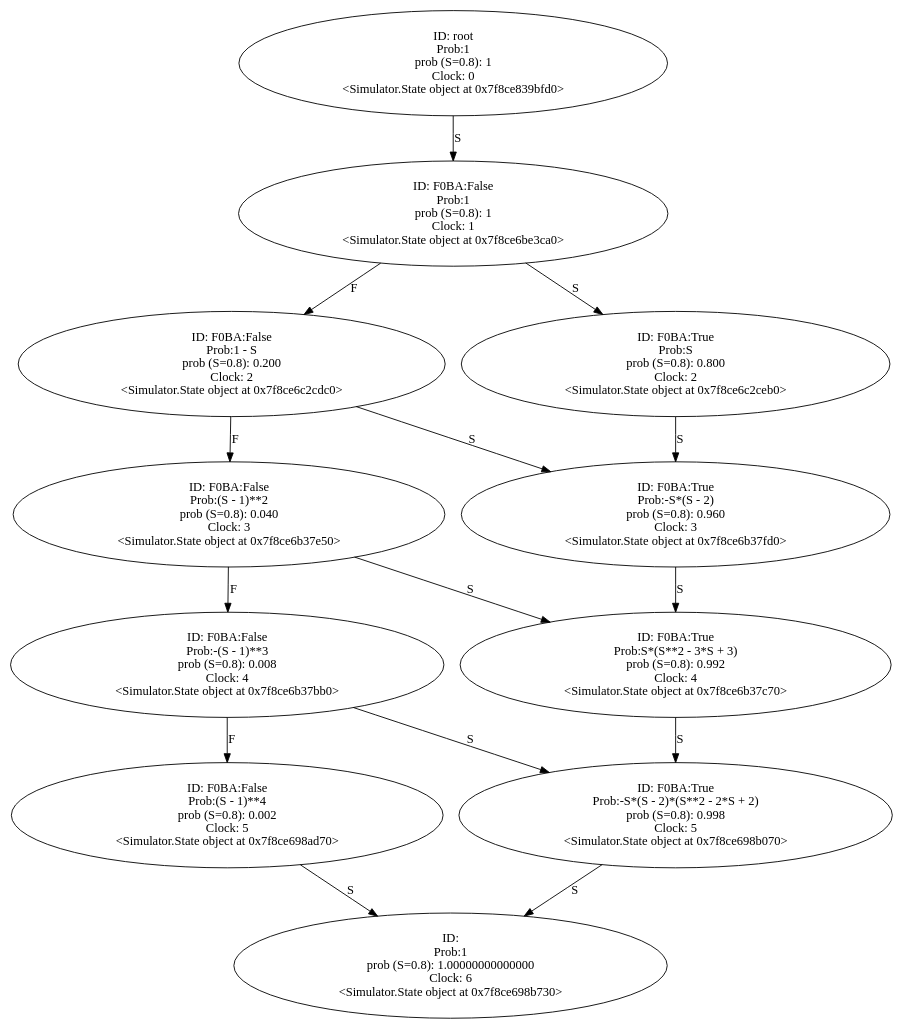
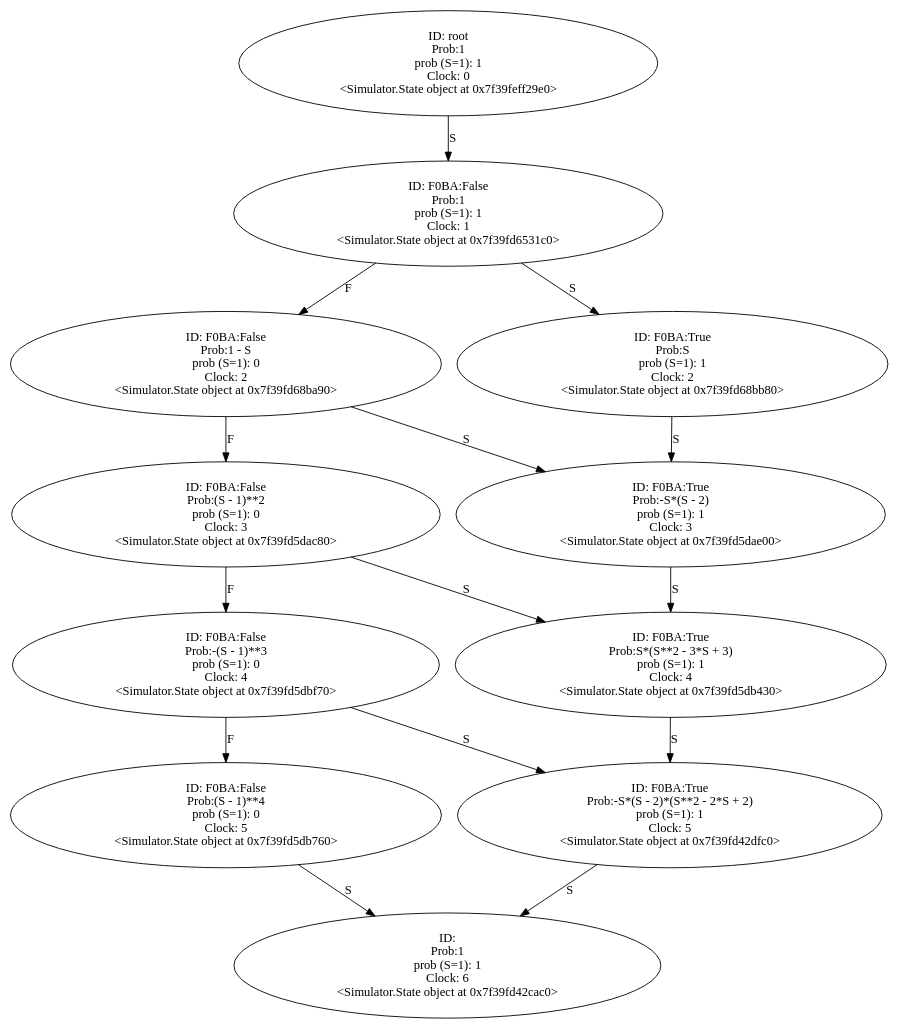
One commit to YasinBoloorchi/WARP-Simulator changed the diagram in Output/pulls.wrp.gv. Above: the diagram before and after it, drawn with Graphviz. The commit also changed 10 other files, not shown here.

```diff
--- a/Output/pulls.wrp.gv
+++ b/Output/pulls.wrp.gv
@@ -1,71 +1,71 @@
 digraph "./Output/pulls.wrp" {
-	<Simulator.State object at 0x7f8ce839bfd0> [label="ID: root
+	<Simulator.State object at 0x7f39feff29e0> [label="ID: root
 Prob:1
-prob (S=0.8): 1
+prob (S=1): 1
 Clock: 0
-<Simulator.State object at 0x7f8ce839bfd0>"]
-	<Simulator.State object at 0x7f8ce839bfd0> -> <Simulator.State object at 0x7f8ce6be3ca0> [label=S]
-	<Simulator.State object at 0x7f8ce6be3ca0> [label="ID: F0BA:False
+<Simulator.State object at 0x7f39feff29e0>"]
+	<Simulator.State object at 0x7f39feff29e0> -> <Simulator.State object at 0x7f39fd6531c0> [label=S]
+	<Simulator.State object at 0x7f39fd6531c0> [label="ID: F0BA:False
 Prob:1
-prob (S=0.8): 1
+prob (S=1): 1
 Clock: 1
-<Simulator.State object at 0x7f8ce6be3ca0>"]
-	<Simulator.State object at 0x7f8ce6be3ca0> -> <Simulator.State object at 0x7f8ce6c2cdc0> [label=F]
-	<Simulator.State object at 0x7f8ce6be3ca0> -> <Simulator.State object at 0x7f8ce6c2ceb0> [label=S]
-	<Simulator.State object at 0x7f8ce6c2cdc0> [label="ID: F0BA:False
+<Simulator.State object at 0x7f39fd6531c0>"]
+	<Simulator.State object at 0x7f39fd6531c0> -> <Simulator.State object at 0x7f39fd68ba90> [label=F]
+	<Simulator.State object at 0x7f39fd6531c0> -> <Simulator.State object at 0x7f39fd68bb80> [label=S]
+	<Simulator.State object at 0x7f39fd68ba90> [label="ID: F0BA:False
 Prob:1 - S
-prob (S=0.8): 0.200
+prob (S=1): 0
 Clock: 2
-<Simulator.State object at 0x7f8ce6c2cdc0>"]
-	<Simulator.State object at 0x7f8ce6c2cdc0> -> <Simulator.State object at 0x7f8ce6b37e50> [label=F]
-	<Simulator.State object at 0x7f8ce6c2cdc0> -> <Simulator.State object at 0x7f8ce6b37fd0> [label=S]
-	<Simulator.State object at 0x7f8ce6c2ceb0> [label="ID: F0BA:True
+<Simulator.State object at 0x7f39fd68ba90>"]
+	<Simulator.State object at 0x7f39fd68ba90> -> <Simulator.State object at 0x7f39fd5dac80> [label=F]
+	<Simulator.State object at 0x7f39fd68ba90> -> <Simulator.State object at 0x7f39fd5dae00> [label=S]
+	<Simulator.State object at 0x7f39fd68bb80> [label="ID: F0BA:True
 Prob:S
-prob (S=0.8): 0.800
+prob (S=1): 1
 Clock: 2
-<Simulator.State object at 0x7f8ce6c2ceb0>"]
-	<Simulator.State object at 0x7f8ce6c2ceb0> -> <Simulator.State object at 0x7f8ce6b37fd0> [label=S]
-	<Simulator.State object at 0x7f8ce6b37e50> [label="ID: F0BA:False
+<Simulator.State object at 0x7f39fd68bb80>"]
+	<Simulator.State object at 0x7f39fd68bb80> -> <Simulator.State object at 0x7f39fd5dae00> [label=S]
+	<Simulator.State object at 0x7f39fd5dac80> [label="ID: F0BA:False
 Prob:(S - 1)**2
-prob (S=0.8): 0.040
+prob (S=1): 0
 Clock: 3
-<Simulator.State object at 0x7f8ce6b37e50>"]
-	<Simulator.State object at 0x7f8ce6b37e50> -> <Simulator.State object at 0x7f8ce6b37bb0> [label=F]
-	<Simulator.State object at 0x7f8ce6b37e50> -> <Simulator.State object at 0x7f8ce6b37c70> [label=S]
-	<Simulator.State object at 0x7f8ce6b37fd0> [label="ID: F0BA:True
+<Simulator.State object at 0x7f39fd5dac80>"]
+	<Simulator.State object at 0x7f39fd5dac80> -> <Simulator.State object at 0x7f39fd5dbf70> [label=F]
+	<Simulator.State object at 0x7f39fd5dac80> -> <Simulator.State object at 0x7f39fd5db430> [label=S]
+	<Simulator.State object at 0x7f39fd5dae00> [label="ID: F0BA:True
 Prob:-S*(S - 2)
-prob (S=0.8): 0.960
+prob (S=1): 1
 Clock: 3
-<Simulator.State object at 0x7f8ce6b37fd0>"]
-	<Simulator.State object at 0x7f8ce6b37fd0> -> <Simulator.State object at 0x7f8ce6b37c70> [label=S]
-	<Simulator.State object at 0x7f8ce6b37bb0> [label="ID: F0BA:False
+<Simulator.State object at 0x7f39fd5dae00>"]
+	<Simulator.State object at 0x7f39fd5dae00> -> <Simulator.State object at 0x7f39fd5db430> [label=S]
+	<Simulator.State object at 0x7f39fd5dbf70> [label="ID: F0BA:False
 Prob:-(S - 1)**3
-prob (S=0.8): 0.008
+prob (S=1): 0
 Clock: 4
-<Simulator.State object at 0x7f8ce6b37bb0>"]
-	<Simulator.State object at 0x7f8ce6b37bb0> -> <Simulator.State object at 0x7f8ce698ad70> [label=F]
-	<Simulator.State object at 0x7f8ce6b37bb0> -> <Simulator.State object at 0x7f8ce698b070> [label=S]
-	<Simulator.State object at 0x7f8ce6b37c70> [label="ID: F0BA:True
+<Simulator.State object at 0x7f39fd5dbf70>"]
+	<Simulator.State object at 0x7f39fd5dbf70> -> <Simulator.State object at 0x7f39fd5db760> [label=F]
+	<Simulator.State object at 0x7f39fd5dbf70> -> <Simulator.State object at 0x7f39fd42dfc0> [label=S]
+	<Simulator.State object at 0x7f39fd5db430> [label="ID: F0BA:True
 Prob:S*(S**2 - 3*S + 3)
-prob (S=0.8): 0.992
+prob (S=1): 1
 Clock: 4
-<Simulator.State object at 0x7f8ce6b37c70>"]
-	<Simulator.State object at 0x7f8ce6b37c70> -> <Simulator.State object at 0x7f8ce698b070> [label=S]
-	<Simulator.State object at 0x7f8ce698ad70> [label="ID: F0BA:False
+<Simulator.State object at 0x7f39fd5db430>"]
+	<Simulator.State object at 0x7f39fd5db430> -> <Simulator.State object at 0x7f39fd42dfc0> [label=S]
+	<Simulator.State object at 0x7f39fd5db760> [label="ID: F0BA:False
 Prob:(S - 1)**4
-prob (S=0.8): 0.002
+prob (S=1): 0
 Clock: 5
-<Simulator.State object at 0x7f8ce698ad70>"]
-	<Simulator.State object at 0x7f8ce698ad70> -> <Simulator.State object at 0x7f8ce698b730> [label=S]
-	<Simulator.State object at 0x7f8ce698b070> [label="ID: F0BA:True
+<Simulator.State object at 0x7f39fd5db760>"]
+	<Simulator.State object at 0x7f39fd5db760> -> <Simulator.State object at 0x7f39fd42cac0> [label=S]
+	<Simulator.State object at 0x7f39fd42dfc0> [label="ID: F0BA:True
 Prob:-S*(S - 2)*(S**2 - 2*S + 2)
-prob (S=0.8): 0.998
+prob (S=1): 1
 Clock: 5
-<Simulator.State object at 0x7f8ce698b070>"]
-	<Simulator.State object at 0x7f8ce698b070> -> <Simulator.State object at 0x7f8ce698b730> [label=S]
-	<Simulator.State object at 0x7f8ce698b730> [label="ID: 
+<Simulator.State object at 0x7f39fd42dfc0>"]
+	<Simulator.State object at 0x7f39fd42dfc0> -> <Simulator.State object at 0x7f39fd42cac0> [label=S]
+	<Simulator.State object at 0x7f39fd42cac0> [label="ID: 
 Prob:1
-prob (S=0.8): 1.00000000000000
+prob (S=1): 1
 Clock: 6
-<Simulator.State object at 0x7f8ce698b730>"]
+<Simulator.State object at 0x7f39fd42cac0>"]
 }
```
